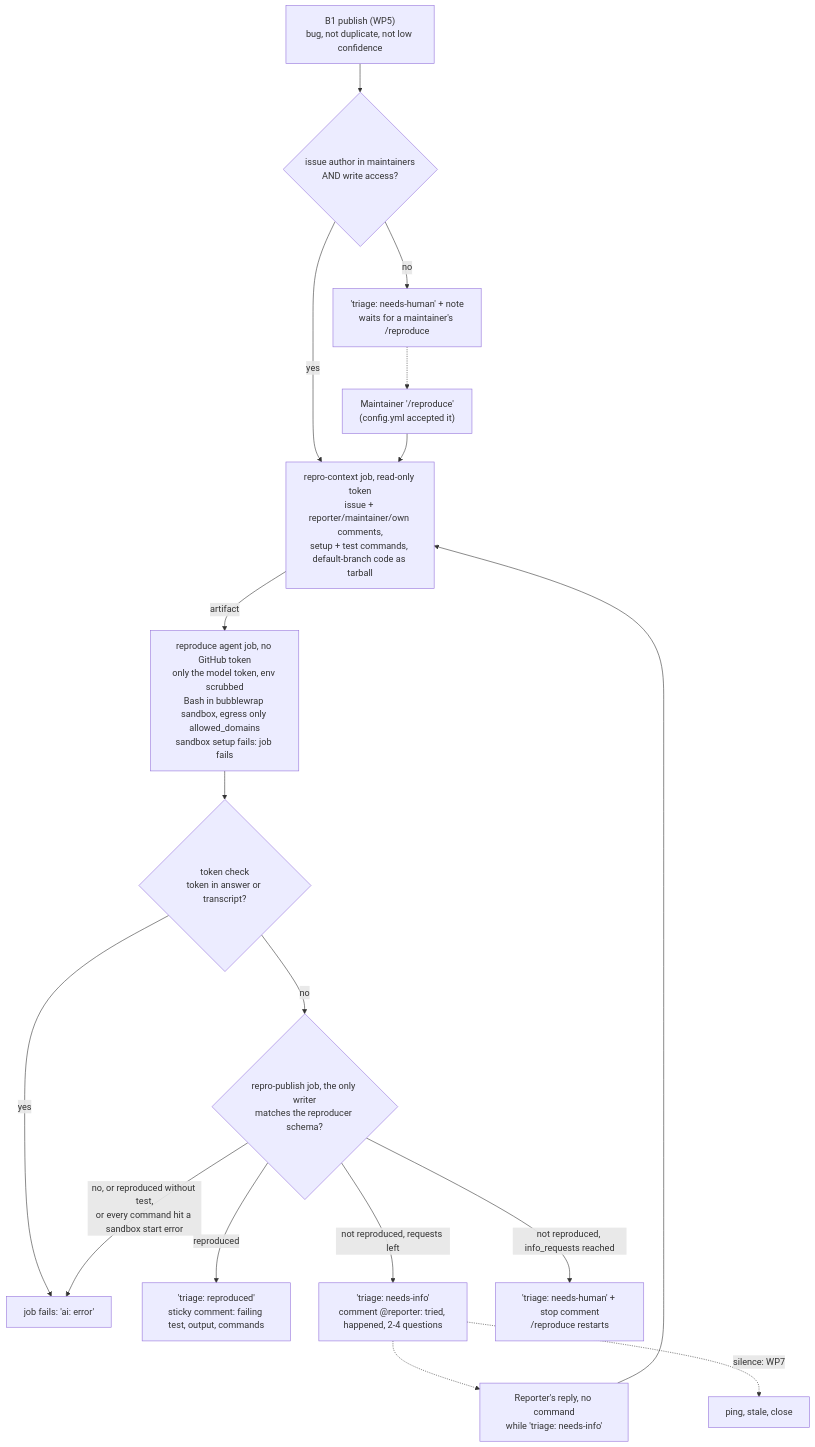
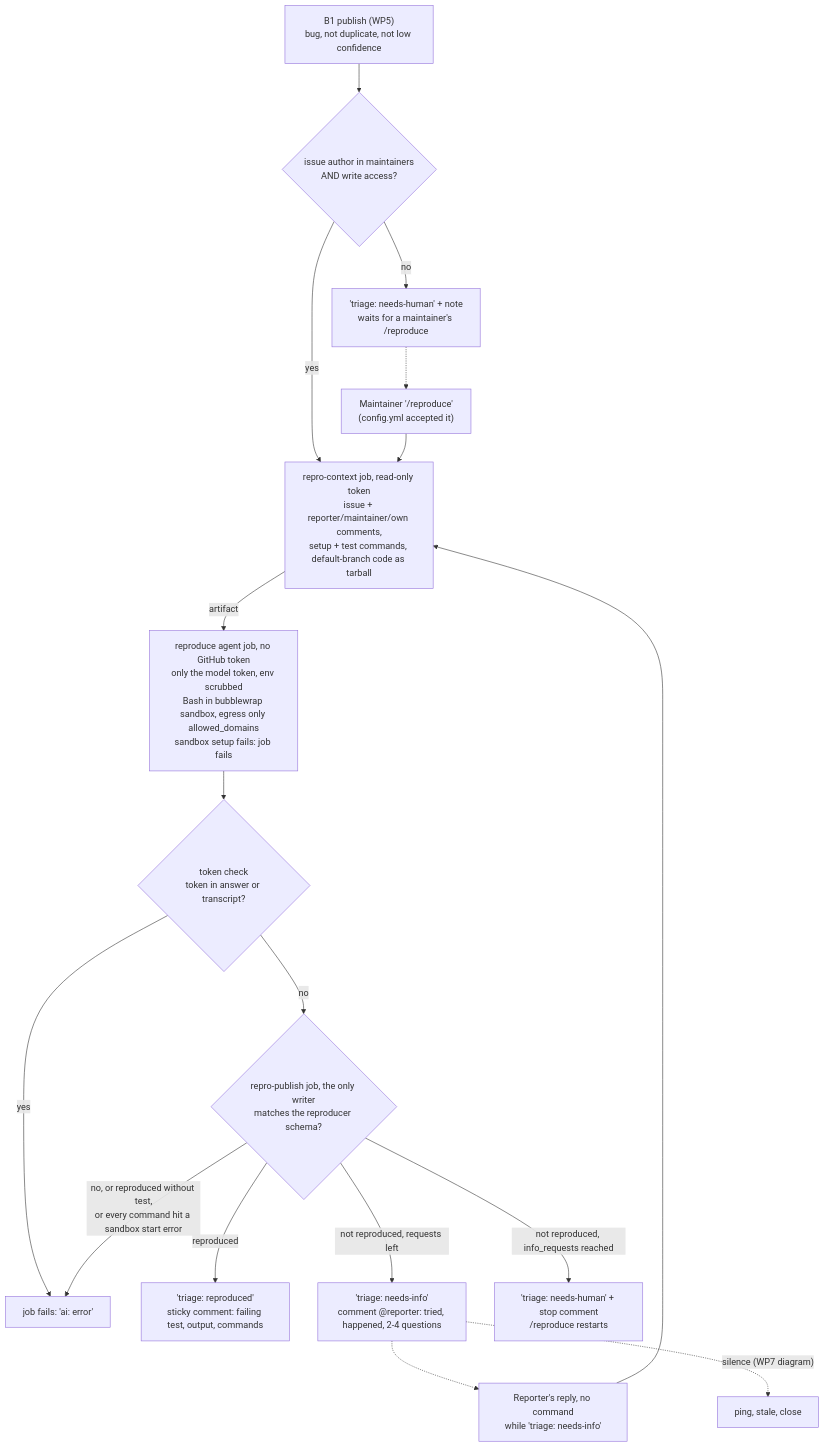
Before and after one commit to esciara/ai-workflows: the ninth of 16 diagrams in docs/diagrams.md, drawn with Mermaid. The commit also changed other lines of this file, not shown here.

First line of the commit message:
docs(diagrams): WP7 reporter silence diagram, v0.2.0 note

````diff
--- a/docs/diagrams.md
+++ b/docs/diagrams.md
@@ -334,20 +334,20 @@
 ```mermaid
 flowchart TD
   B1["B1 publish (WP5)<br/>bug, not duplicate, not low confidence"] --> TA{"issue author in maintainers<br/>AND write access?"}
   TA -- no --> NH["'triage: needs-human' + note<br/>waits for a maintainer's /reproduce"]
   TA -- yes --> RC
   NH -.-> RP["Maintainer '/reproduce'<br/>(config.yml accepted it)"]
   RP --> RC
   RY["Reporter's reply, no command<br/>while 'triage: needs-info'"] --> RC
   RC["repro-context job, read-only token<br/>issue + reporter/maintainer/own comments,<br/>setup + test commands, default-branch code as tarball"]
   RC -- artifact --> AG["reproduce agent job, no GitHub token<br/>only the model token, env scrubbed<br/>Bash in bubblewrap sandbox, egress only allowed_domains<br/>sandbox setup fails: job fails"]
   AG --> TC{"token check<br/>token in answer or transcript?"}
   TC -- yes --> FL["job fails: 'ai: error'"]
   TC -- no --> PU{"repro-publish job, the only writer<br/>matches the reproducer schema?"}
   PU -- "no, or reproduced without test,<br/>or every command hit a sandbox start error" --> FL
   PU -- "reproduced" --> RD["'triage: reproduced'<br/>sticky comment: failing test, output, commands"]
   PU -- "not reproduced, requests left" --> NI["'triage: needs-info'<br/>comment @reporter: tried, happened, 2-4 questions"]
   PU -- "not reproduced, info_requests reached" --> ST["'triage: needs-human' + stop comment<br/>/reproduce restarts"]
   NI -.-> RY
-  NI -. "silence: WP7" .-> WS["ping, stale, close"]
+  NI -. "silence (WP7 diagram)" .-> WS["ping, stale, close"]
 ```
````
